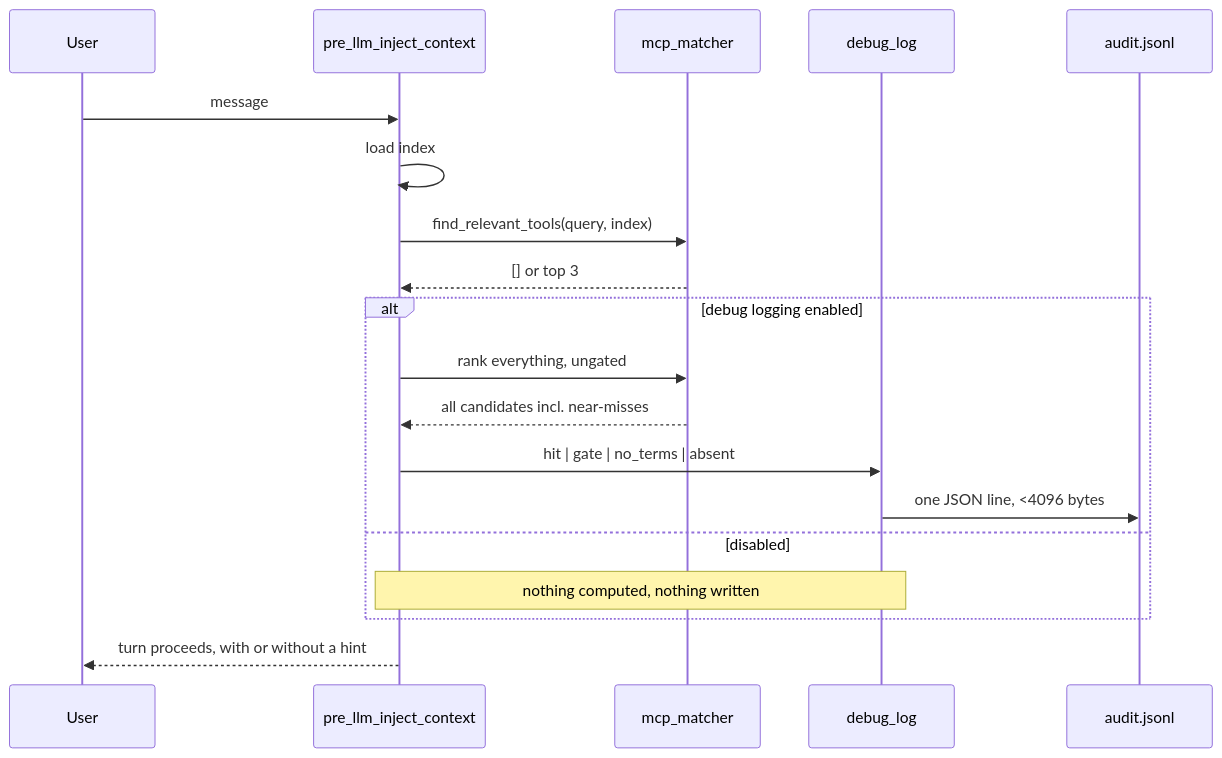
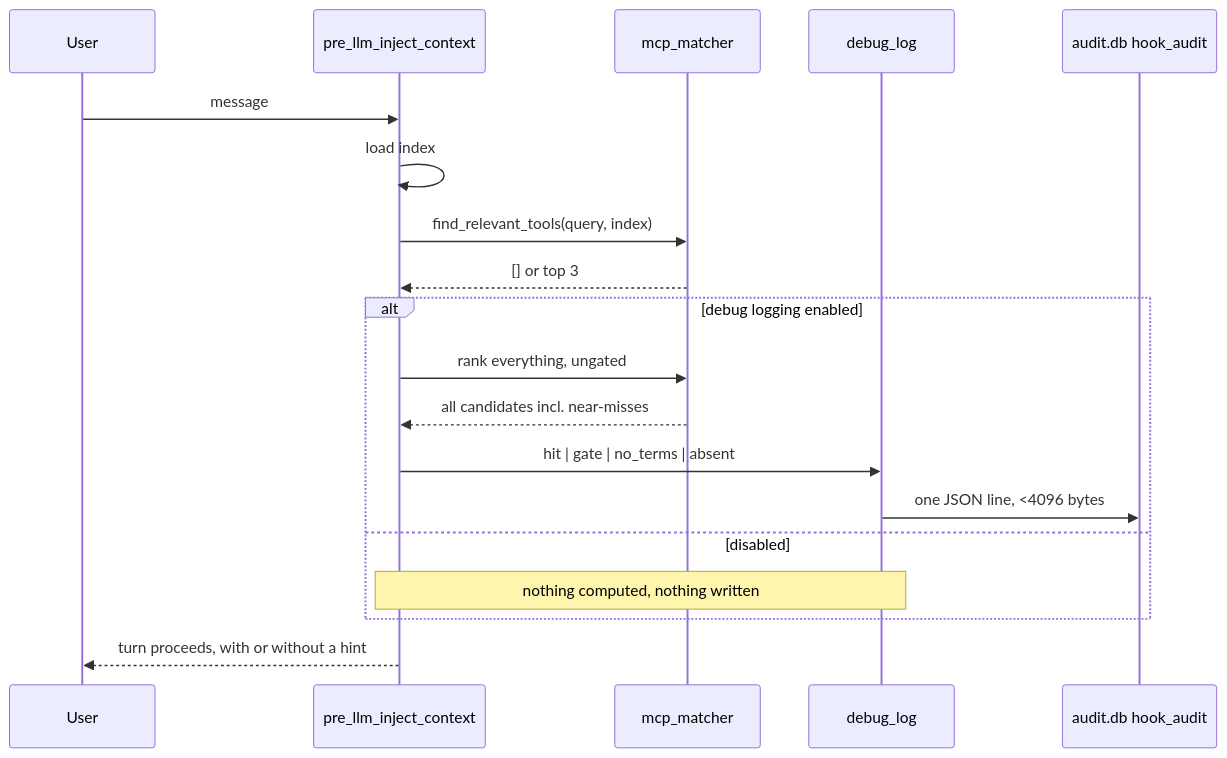
One commit to Arasz/ai-badger changed the third of 3 diagrams in docs/retrieval.md. Above: the diagram before and after it, drawn with Mermaid. The commit also changed other lines of this file and 16 other files, not shown here.

````diff
--- a/docs/retrieval.md
+++ b/docs/retrieval.md
@@ -499,22 +499,22 @@
 ```mermaid
 sequenceDiagram
     participant U as User
     participant H as pre_llm_inject_context
     participant M as mcp_matcher
     participant D as debug_log
-    participant A as audit.jsonl
+    participant A as audit.db hook_audit
 
     U->>H: message
     H->>H: load index
     H->>M: find_relevant_tools(query, index)
     M-->>H: [] or top 3
     alt debug logging enabled
         H->>M: rank everything, ungated
         M-->>H: all candidates incl. near-misses
         H->>D: hit | gate | no_terms | absent
         D->>A: one JSON line, <4096 bytes
     else disabled
         Note over H,D: nothing computed, nothing written
     end
     H-->>U: turn proceeds, with or without a hint
 ```
````
